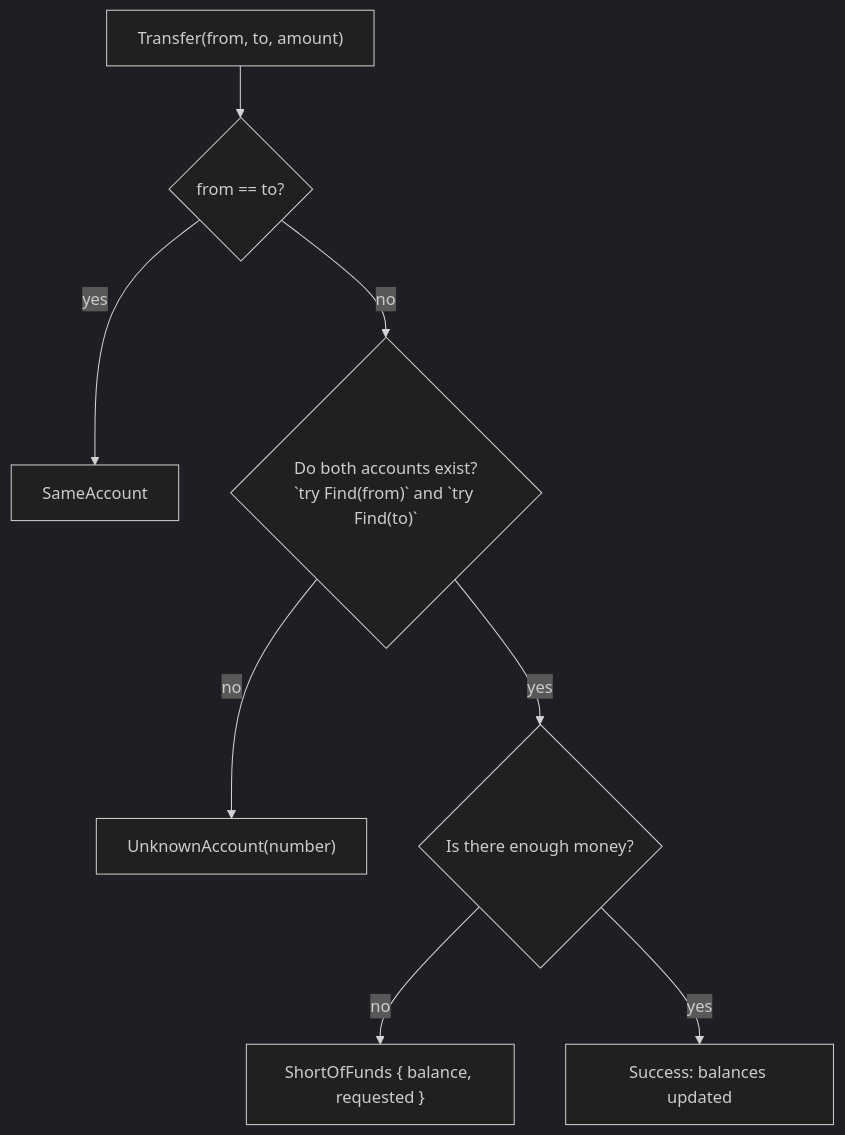
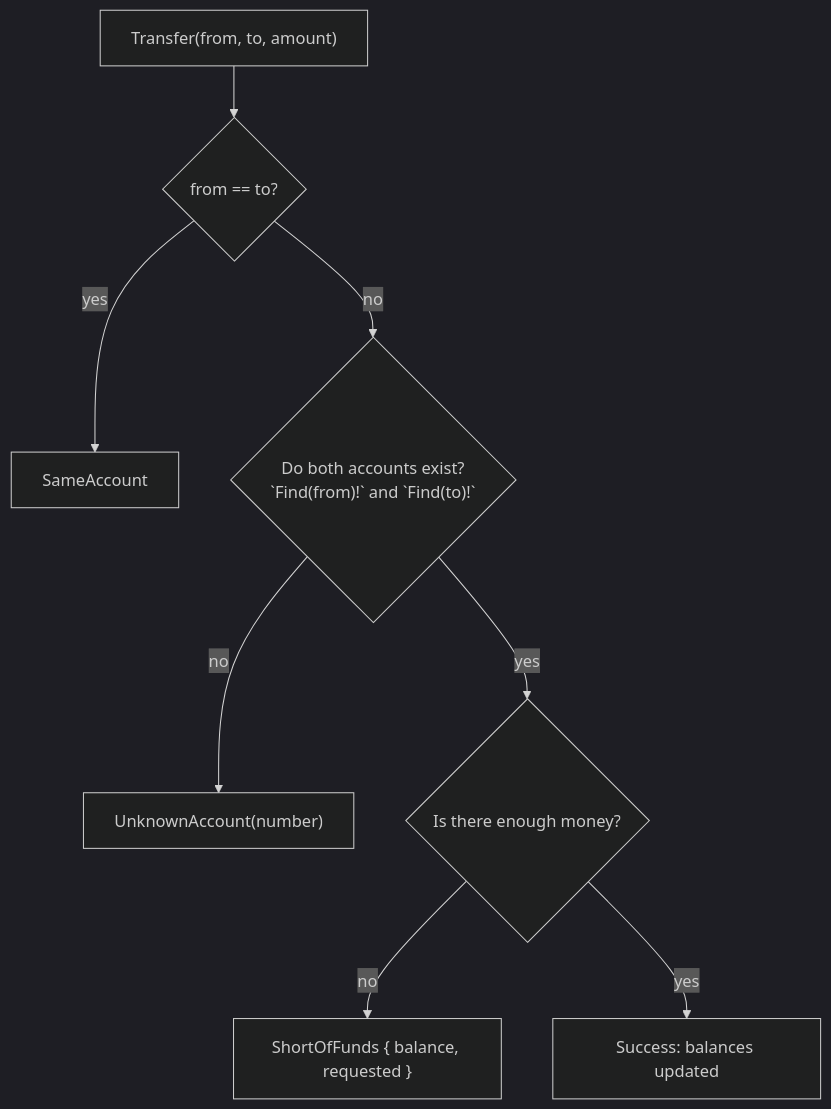
Before and after one commit to rux-lang/Web: the diagram in content/docs/1.learn/09.errors/09.error-variant.md, drawn with Mermaid (dark theme). The commit also changed other lines of this file and 16 other files, not shown here.

````diff
--- a/content/docs/1.learn/09.errors/09.error-variant.md
+++ b/content/docs/1.learn/09.errors/09.error-variant.md
@@ -72,10 +78,10 @@
 ```mermaid
 flowchart TD
     start["`Transfer(from, to, amount)`"] --> same{"`from == to?`"}
     same -- "yes" --> e1["`SameAccount`"]
-    same -- "no" --> find{"Do both accounts exist?<br/>`try Find(from)` and `try Find(to)`"}
+    same -- "no" --> find{"Do both accounts exist?<br/>`Find(from)!` and `Find(to)!`"}
     find -- "no" --> e2["`UnknownAccount(number)`"]
     find -- "yes" --> funds{"Is there enough money?"}
     funds -- "no" --> e3["`ShortOfFunds { balance, requested }`"]
     funds -- "yes" --> done["Success: balances updated"]
 ```
````
